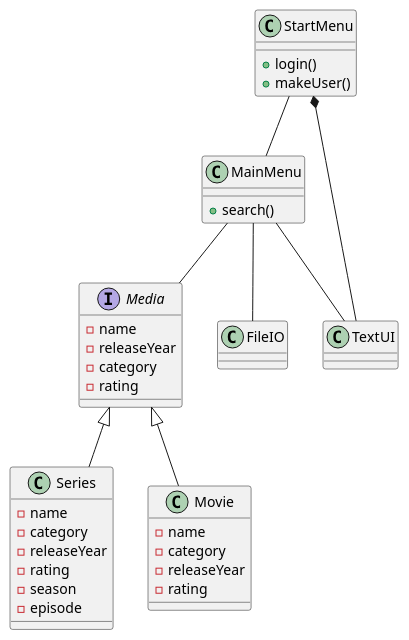
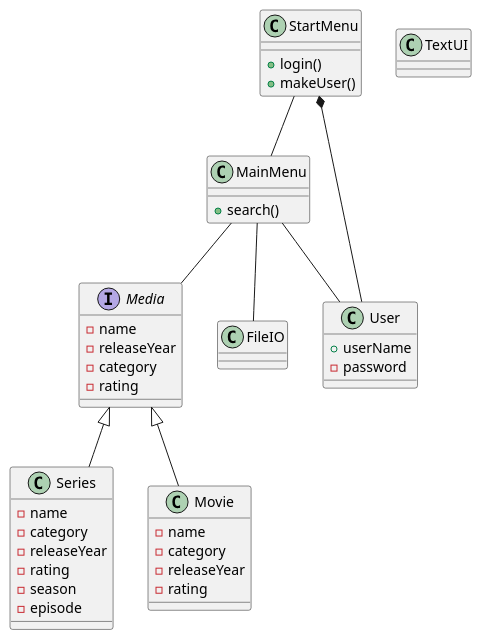
The diagram in plan-ish.puml (LUJHNA/SP3GruppeHProjektChill), drawn with PlantUML before and after one commit. The commit also changed 2 other files, not shown here.

Commit message:
User class

```diff
--- a/plan-ish.puml
+++ b/plan-ish.puml
@@ -1,43 +1,46 @@
 @startuml
 interface Media
 class Series
 class Movie
 class FileIO
 class StartMenu
 class MainMenu
 class TextUI
 
 StartMenu -- MainMenu
 MainMenu-- Media
 
 Media <|-- Series
 Media <|-- Movie
 
-MainMenu -- TextUI
+MainMenu -- User
 MainMenu-- FileIO
-StartMenu *-- TextUI
+StartMenu *-- User
 
 Media : - name
 Media : - releaseYear
 Media : - category
 Media : - rating
+
+User : + userName
+User : - password
 
 
 Series : - name
 Series : - category
 Series : - releaseYear
 Series : - rating
 Series : - season
 Series : - episode
 
 Movie : - name
 Movie : - category
 Movie : - releaseYear
 Movie : - rating
 
 StartMenu : + login()
 StartMenu : + makeUser()
 
 MainMenu : + search()
 
 @enduml
```
